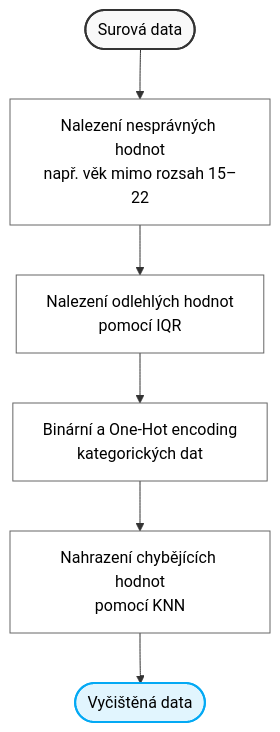
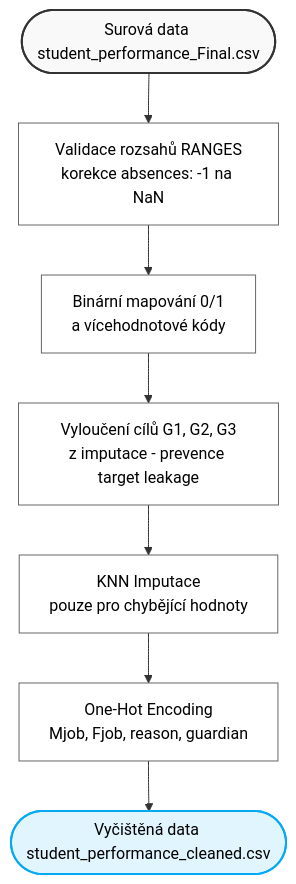
Before and after one commit to klaraseli/VMM-projekt: the diagram in README.md, drawn with Mermaid. The commit also changed other lines of this file and 25 other files, not shown here.

Commit message:
Metodicka revize modelovani: leak-free pipeline, nested CV, korekce absences a overeni hypotez

````diff
--- a/README.md
+++ b/README.md
@@ -5,15 +51,17 @@
 ```mermaid
 graph TD
-    A([Surová data]) --> B[Nalezení nesprávných hodnot<br/>např. věk mimo rozsah 15–22]
-    B --> C[Nalezení odlehlých hodnot<br/>pomocí IQR]
-    C --> D[Binární a One-Hot encoding<br/>kategorických dat]
-    D --> E[Nahrazení chybějících hodnot<br/>pomocí KNN]
-    E --> F([Vyčištěná data])
+    A([Surová data student_performance_Final.csv]) --> B[Validace rozsahů RANGES<br/>korekce absences: -1 na NaN]
+    B --> C[Binární mapování 0/1<br/>a vícehodnotové kódy]
+    C --> D[Vyloučení cílů G1, G2, G3<br/>z imputace - prevence target leakage]
+    D --> E[KNN Imputace<br/>pouze pro chybějící hodnoty]
+    E --> F[One-Hot Encoding<br/>Mjob, Fjob, reason, guardian]
+    F --> G([Vyčištěná data student_performance_cleaned.csv])
     
     style A fill:#f9f9f9,stroke:#333,stroke-width:2px,color:#000
-    style F fill:#e1f5fe,stroke:#03a9f4,stroke-width:2px,color:#000
+    style G fill:#e1f5fe,stroke:#03a9f4,stroke-width:2px,color:#000
     style B fill:#fff,stroke:#666,stroke-width:1px,color:#000
     style C fill:#fff,stroke:#666,stroke-width:1px,color:#000
     style D fill:#fff,stroke:#666,stroke-width:1px,color:#000
     style E fill:#fff,stroke:#666,stroke-width:1px,color:#000
+    style F fill:#fff,stroke:#666,stroke-width:1px,color:#000
 ```
````
